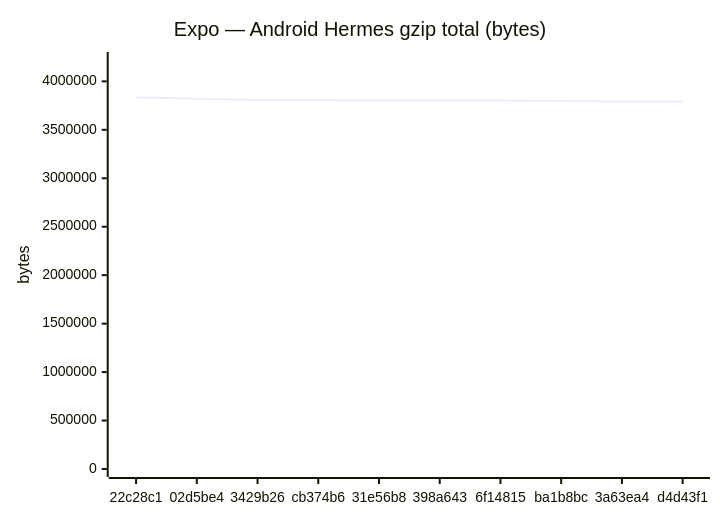
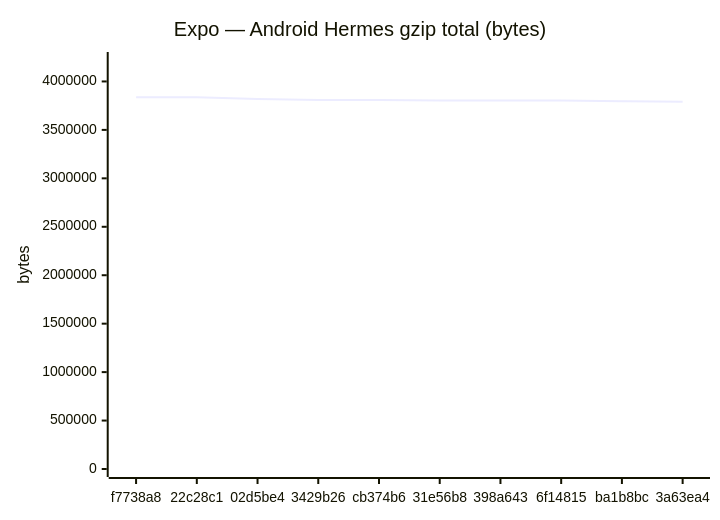
One commit to Metaheurist/Rianell changed the fifth of 18 diagrams in benchmarks/compare.md. Above: the diagram before and after it, drawn with Mermaid. The commit also changed other lines of this file and 11 other files, not shown here.

````diff
--- a/benchmarks/compare.md
+++ b/benchmarks/compare.md
@@ -89,7 +89,7 @@
 ```mermaid
 xychart-beta
     title "Expo — Android Hermes gzip total (bytes)"
-    x-axis ["22c28c1", "02d5be4", "3429b26", "cb374b6", "31e56b8", "398a643", "6f14815", "ba1b8bc", "3a63ea4", "d4d43f1"]
-    y-axis "bytes" 0 --> 4220310
-    line [3836645, 3819535, 3807947, 3807947, 3802529, 3802528, 3802527, 3796378, 3791714, 3791716]
+    x-axis ["f7738a8", "22c28c1", "02d5be4", "3429b26", "cb374b6", "31e56b8", "398a643", "6f14815", "ba1b8bc", "3a63ea4"]
+    y-axis "bytes" 0 --> 4221380
+    line [3837618, 3836645, 3819535, 3807947, 3807947, 3802529, 3802528, 3802527, 3796378, 3791714]
 ```
````
